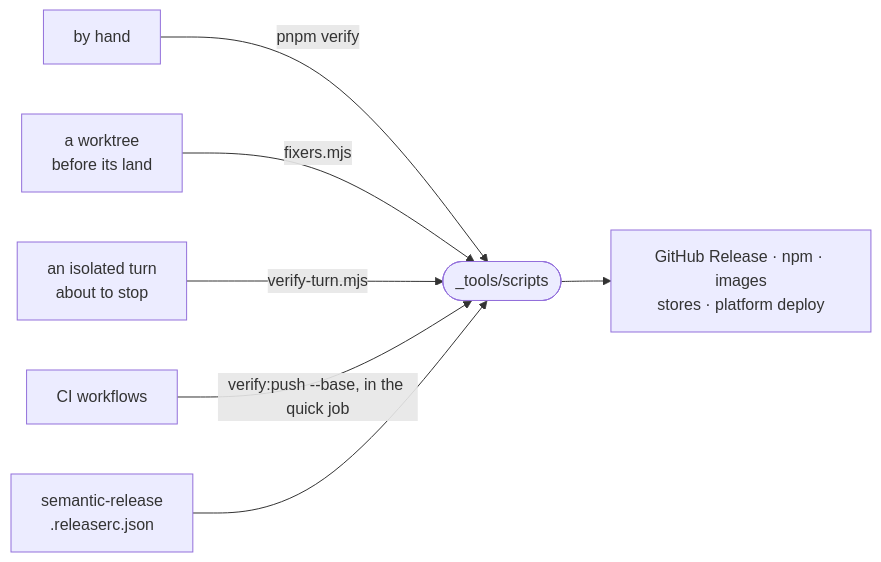
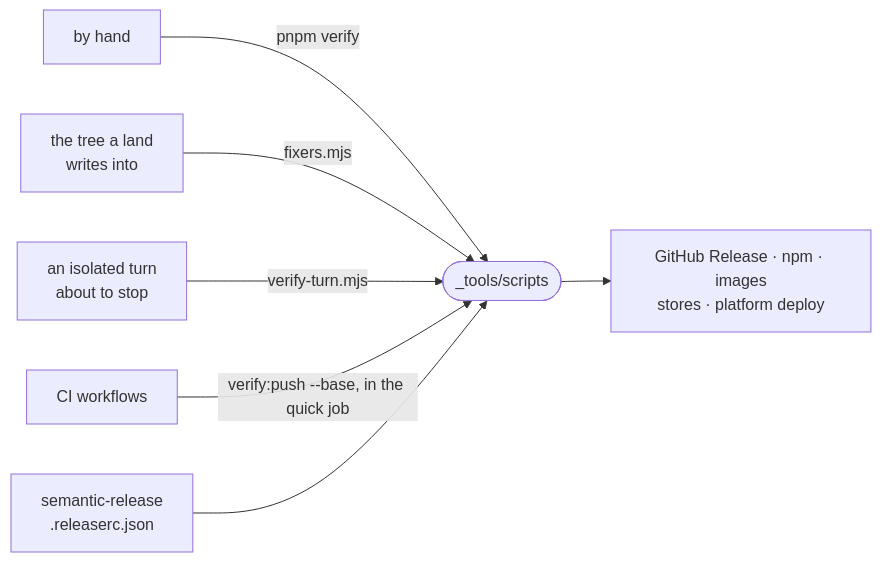
One commit to intentic/intentic changed the diagram in _tools/scripts/README.md. Above: the diagram before and after it, drawn with Mermaid. The commit also changed other lines of this file and 791 other files, not shown here.

First line of the commit message:
feat!: stop limitMoving, limitNextAt and limitScheduled in agent wire schemas

````diff
--- a/_tools/scripts/README.md
+++ b/_tools/scripts/README.md
@@ -5,9 +5,9 @@
 ```mermaid
 flowchart LR
     hand["by hand"] -->|"pnpm verify"| scripts(["_tools/scripts"])
-    worktree["a worktree<br/>before its land"] -->|"fixers.mjs"| scripts
+    land["the tree a land<br/>writes into"] -->|"fixers.mjs"| scripts
     turn["an isolated turn<br/>about to stop"] -->|"verify-turn.mjs"| scripts
     ci["CI workflows"] -->|"verify:push --base, in the quick job"| scripts
     semrel["semantic-release<br/>.releaserc.json"] --> scripts
     scripts --> out["GitHub Release · npm · images<br/>stores · platform deploy"]
 ```
````
